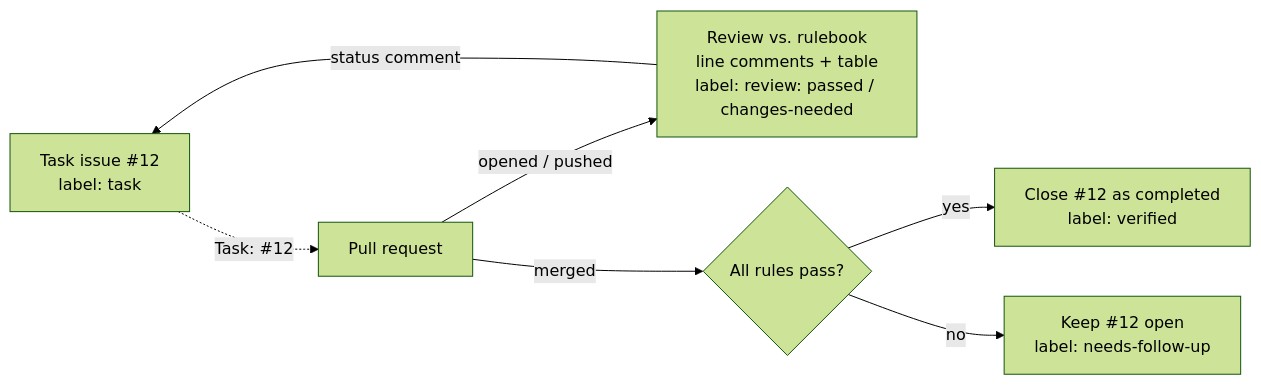
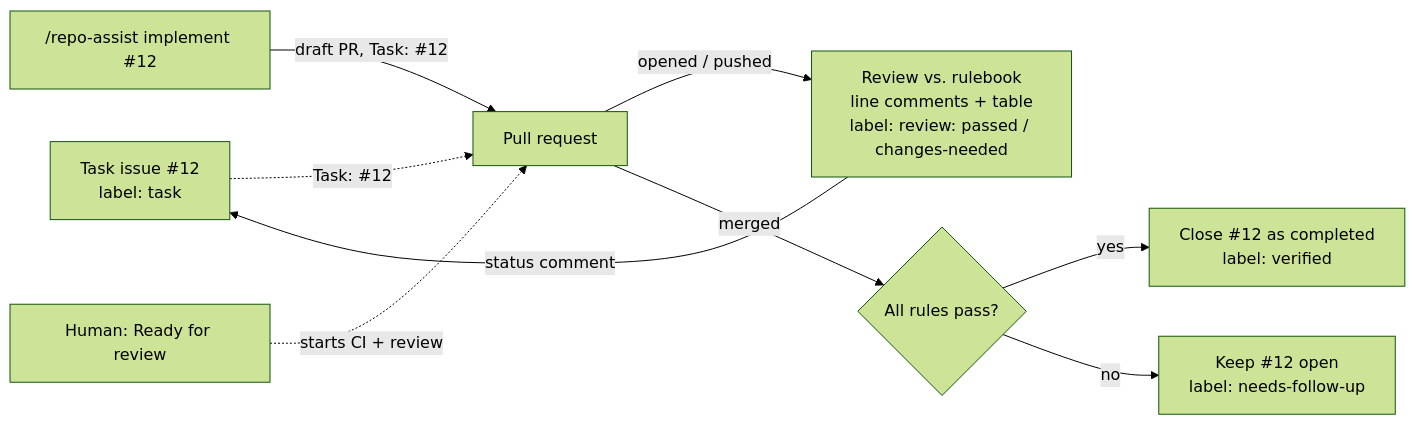
One commit to Abhinow1997/financial-intelligence-system changed the first of 2 diagrams in gh-aw-lab/README.md. Above: the diagram before and after it, drawn with Mermaid (forest theme). The commit also changed other lines of this file and 9 other files, not shown here.

````diff
--- a/gh-aw-lab/README.md
+++ b/gh-aw-lab/README.md
@@ -36,9 +38,11 @@
 ```mermaid
 flowchart LR
     T["Task issue #12<br/>label: task"] -.->|"Task: #12"| PR["Pull request"]
     PR -->|"opened / pushed"| RV["Review vs. rulebook<br/>line comments + table<br/>label: review: passed / changes-needed"]
     RV -->|"status comment"| T
     PR -->|"merged"| M{"All rules pass?"}
     M -->|yes| C["Close #12 as completed<br/>label: verified"]
     M -->|no| F["Keep #12 open<br/>label: needs-follow-up"]
+    A["/repo-assist implement #12"] -->|"draft PR, Task: #12"| PR
+    H["Human: Ready for review"] -.->|"starts CI + review"| PR
 ```
````
